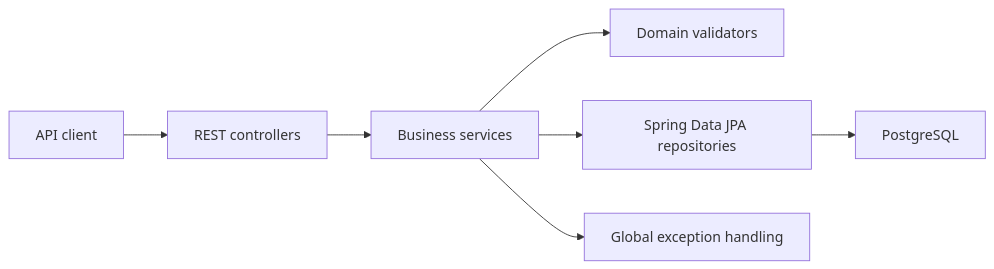
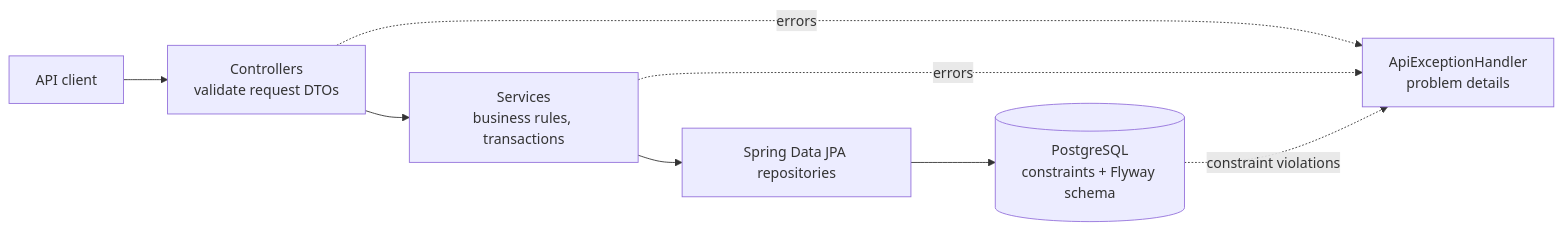
One commit to antoniosifov/popcorn-palace changed the diagram in backend/README.md. Above: the diagram before and after it, drawn with Mermaid. The commit also changed other lines of this file and 2 other files, not shown here.

First line of the commit message:
docs: document the v1 API, error format and business rules

````diff
--- a/backend/README.md
+++ b/backend/README.md
@@ -19,9 +20,10 @@
 ```mermaid
 flowchart LR
-    Client["API client"] --> Controller["REST controllers"]
-    Controller --> Service["Business services"]
-    Service --> Validator["Domain validators"]
+    Client["API client"] --> Controller["Controllers<br/>validate request DTOs"]
+    Controller --> Service["Services<br/>business rules, transactions"]
     Service --> Repository["Spring Data JPA repositories"]
-    Repository --> Database["PostgreSQL"]
-    Service --> Errors["Global exception handling"]
+    Repository --> Database[("PostgreSQL<br/>constraints + Flyway schema")]
+    Controller -. errors .-> Handler["ApiExceptionHandler<br/>problem details"]
+    Service -. errors .-> Handler
+    Database -. constraint violations .-> Handler
 ```
````
